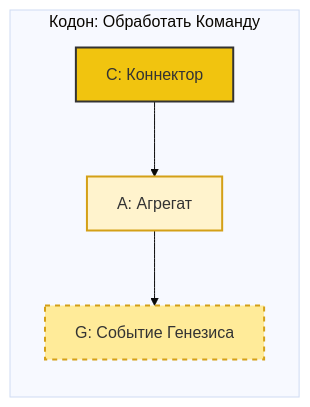
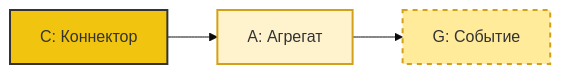
The second of 5 diagrams in article.ru.md (zaebee/agents), drawn with Mermaid (base theme) before and after one commit. The commit also changed other lines of this file and 33 other files, not shown here.

````diff
--- a/article.ru.md
+++ b/article.ru.md
@@ -180,10 +45,4 @@
-```mermaid
-graph LR
-    subgraph "Кодон: Обработать Команду"
-        C[C: Коннектор] --> A[A: Агрегат];
-        A --> G[G: Событие Генезиса];
-    end
-    style C fill:#f1c40f,stroke:#333,stroke-width:2px
-    style A fill:#fff3cd,stroke:#d4a017,stroke-width:2px
-    style G fill:#ffeb99,stroke:#d4a017,stroke-width:2px,stroke-dasharray: 5 5
-```
+    ```mermaid
+    graph LR; C[C: Коннектор] --> A[A: Агрегат] --> G[G: Событие];
+    style C fill:#f1c40f,stroke:#333,stroke-width:2px; style A fill:#fff3cd,stroke:#d4a017,stroke-width:2px; style G fill:#ffeb99,stroke:#d4a017,stroke-width:2px,stroke-dasharray: 5 5;
+    ```
````
